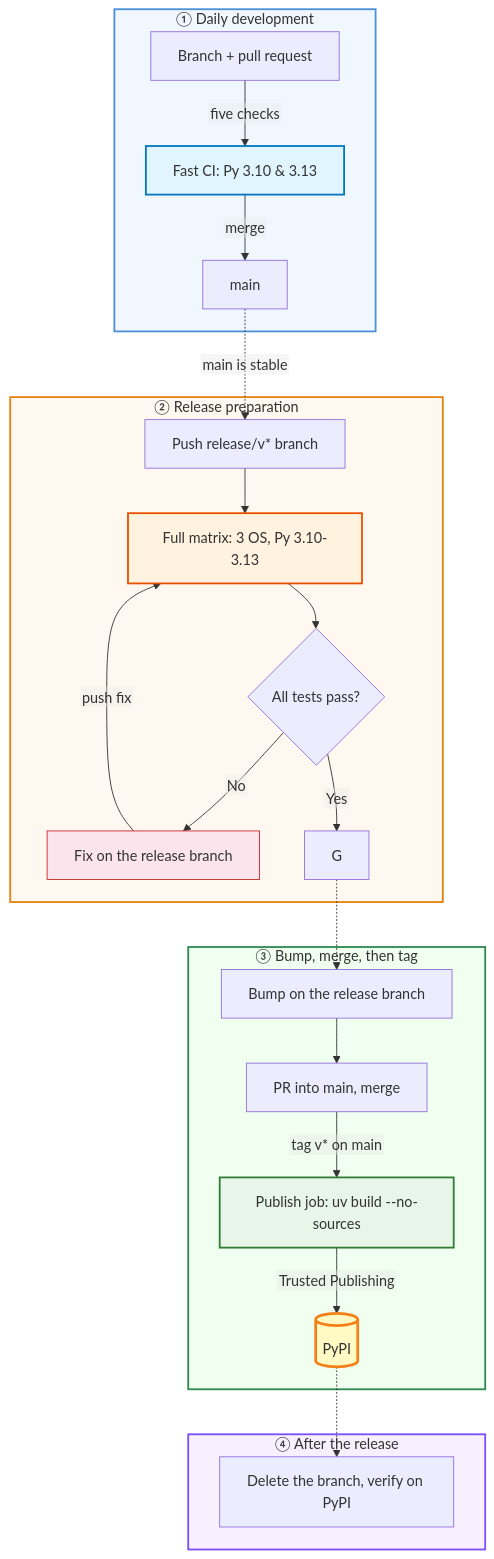
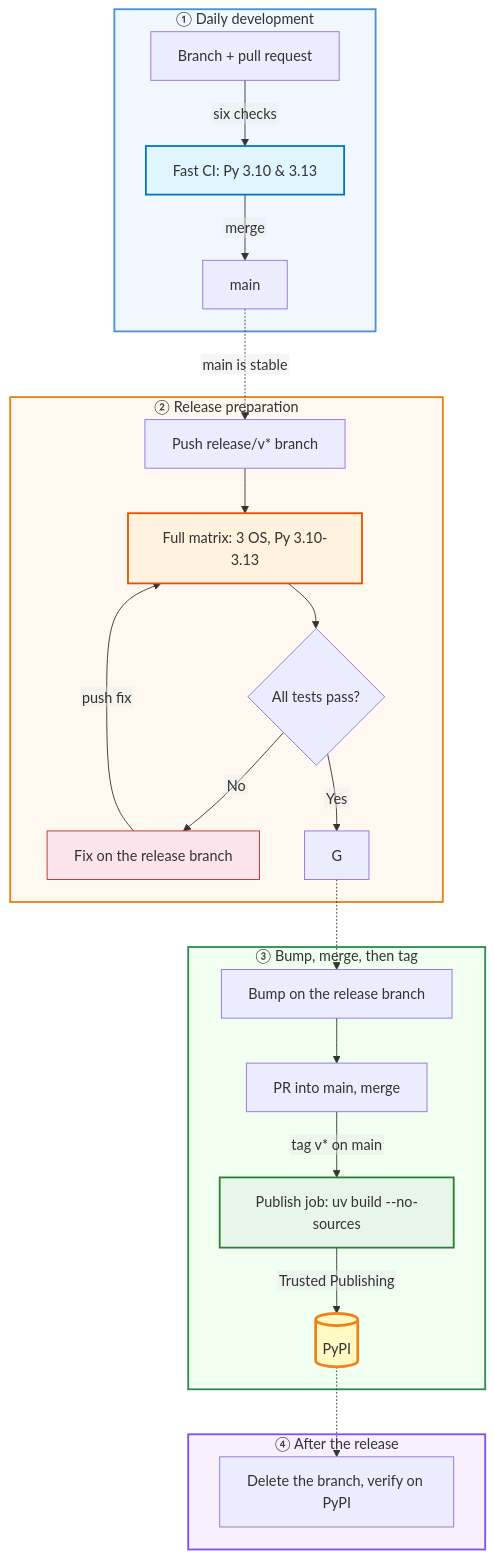
One commit to andrewendlinger/xmris changed the diagram in docs/contribute/publishing.md. Above: the diagram before and after it, drawn with Mermaid. The commit also changed other lines of this file and 9 other files, not shown here.

````diff
--- a/docs/contribute/publishing.md
+++ b/docs/contribute/publishing.md
@@ -122,43 +122,43 @@
 ```{mermaid}
 %%{init: {'flowchart': {'htmlLabels': false}}}%%
 flowchart TD
     subgraph dev ["① Daily development"]
-        A["Branch + pull request"] -->|"five checks"| B["Fast CI: Py 3.10 & 3.13"]
+        A["Branch + pull request"] -->|"six checks"| B["Fast CI: Py 3.10 & 3.13"]
         B -->|"merge"| MAIN["main"]
     end
 
     MAIN -.->|"main is stable"| C
 
     subgraph release ["② Release preparation"]
         C["Push release/v* branch"] --> D["Full matrix: 3 OS, Py 3.10-3.13"]
         D --> E{"All tests pass?"}
         E -->|"No"| F["Fix on the release branch"]
         F -->|"push fix"| D
         E -->|"Yes"| G
     end
 
     G -.-> H
 
     subgraph publish ["③ Bump, merge, then tag"]
         H["Bump on the release branch"] --> I["PR into main, merge"]
         I -->|"tag v* on main"| J["Publish job: uv build --no-sources"]
         J -->|"Trusted Publishing"| K[("PyPI")]
     end
 
     K -.-> L
 
     subgraph after ["④ After the release"]
         L["Delete the branch, verify on PyPI"]
     end
 
     style dev fill:#f0f7ff,stroke:#4a90d9,stroke-width:2px,color:#1a1a1a
     style release fill:#fff8f0,stroke:#e6820e,stroke-width:2px,color:#1a1a1a
     style publish fill:#f0fff0,stroke:#2d8a4e,stroke-width:2px,color:#1a1a1a
     style after fill:#f8f0ff,stroke:#7c4dff,stroke-width:2px,color:#1a1a1a
 
     style B fill:#e1f5fe,stroke:#0277bd,stroke-width:2px
     style D fill:#fff3e0,stroke:#e65100,stroke-width:2px
     style F fill:#fce4ec,stroke:#c62828
     style J fill:#e8f5e9,stroke:#2e7d32,stroke-width:2px
     style K fill:#fff9c4,stroke:#f57f17,stroke-width:3px
 ```
````
